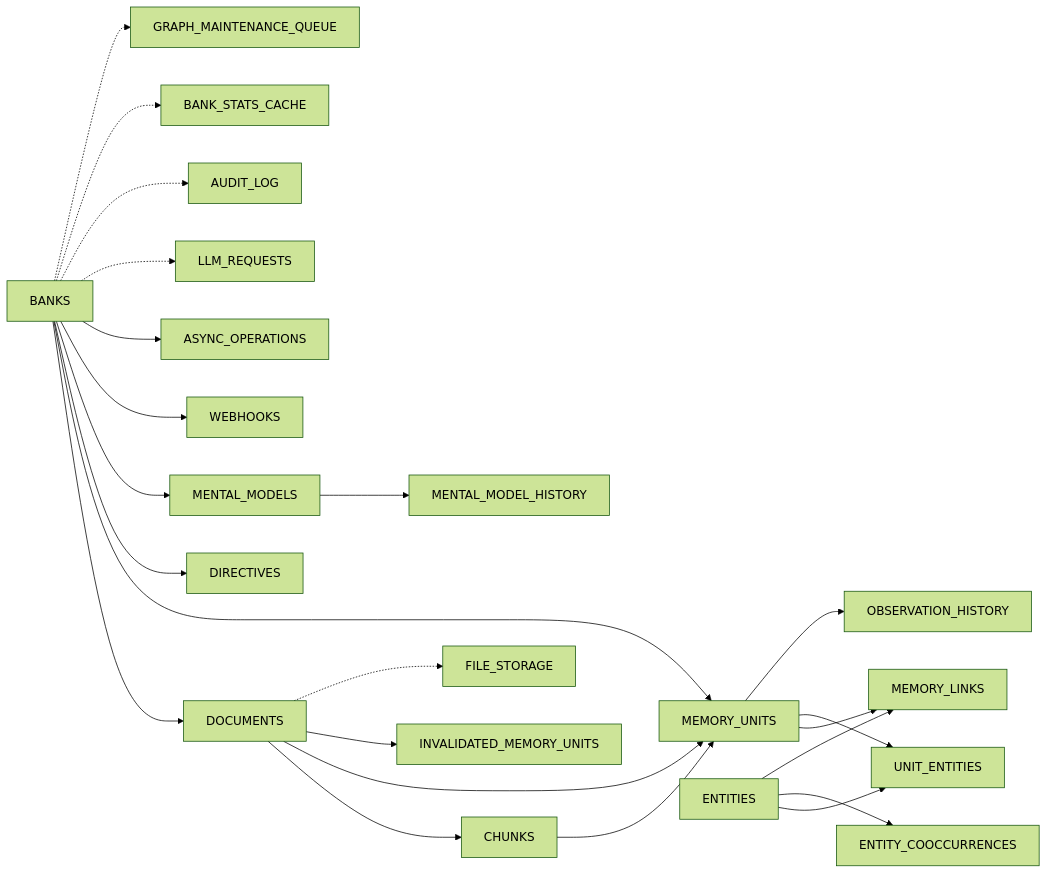
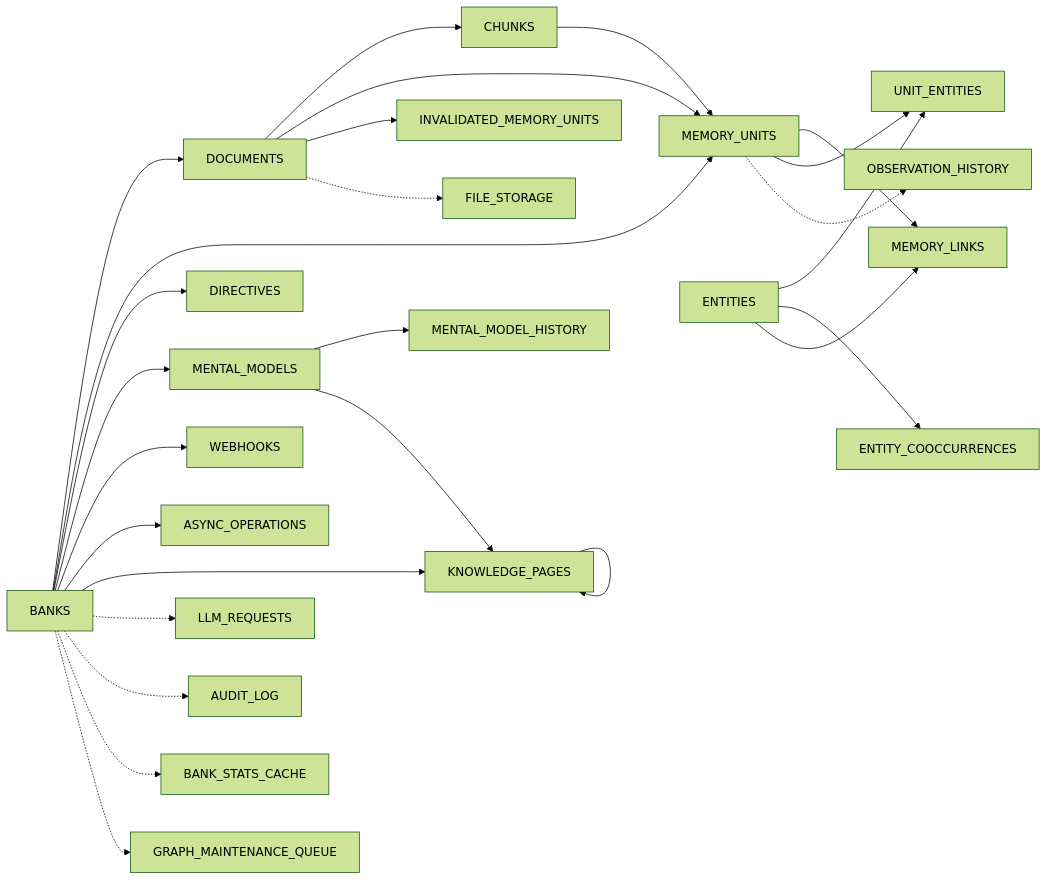
One commit to weikejia123/hindsight changed the third of 12 diagrams in my-docs/20260803-hindsight-architecture-evolution-analysis.md. Above: the diagram before and after it, drawn with Mermaid (forest theme). The commit also changed other lines of this file and 2 other files, not shown here.

````diff
--- a/my-docs/20260803-hindsight-architecture-evolution-analysis.md
+++ b/my-docs/20260803-hindsight-architecture-evolution-analysis.md
@@ -503,25 +529,28 @@
 ```mermaid
 flowchart LR
     BANKS --> DOCUMENTS
     BANKS --> MEMORY_UNITS
     BANKS --> DIRECTIVES
     BANKS --> MENTAL_MODELS
     BANKS --> WEBHOOKS
     BANKS --> ASYNC_OPERATIONS
+    BANKS --> KNOWLEDGE_PAGES
     BANKS -.-> LLM_REQUESTS
     BANKS -.-> AUDIT_LOG
     BANKS -.-> BANK_STATS_CACHE
     BANKS -.-> GRAPH_MAINTENANCE_QUEUE
     DOCUMENTS --> CHUNKS
     DOCUMENTS --> MEMORY_UNITS
     DOCUMENTS --> INVALIDATED_MEMORY_UNITS
     DOCUMENTS -.-> FILE_STORAGE
     CHUNKS --> MEMORY_UNITS
     MEMORY_UNITS --> MEMORY_LINKS
     MEMORY_UNITS --> UNIT_ENTITIES
-    MEMORY_UNITS --> OBSERVATION_HISTORY
+    MEMORY_UNITS -.-> OBSERVATION_HISTORY
     ENTITIES --> UNIT_ENTITIES
     ENTITIES --> ENTITY_COOCCURRENCES
     ENTITIES --> MEMORY_LINKS
     MENTAL_MODELS --> MENTAL_MODEL_HISTORY
+    MENTAL_MODELS --> KNOWLEDGE_PAGES
+    KNOWLEDGE_PAGES --> KNOWLEDGE_PAGES
 ```
````
